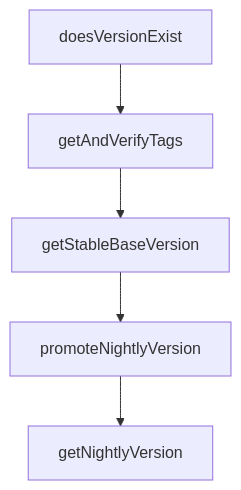
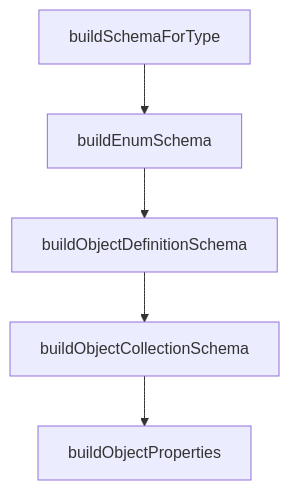
One commit to johnxie/awesome-code-docs changed the diagram in tutorials/gemini-cli-tutorial/04-settings-context-and-custom-commands.md. Above: the diagram before and after it, drawn with Mermaid. The commit also changed other lines of this file and 1232 other files, not shown here.

````diff
--- a/tutorials/gemini-cli-tutorial/04-settings-context-and-custom-commands.md
+++ b/tutorials/gemini-cli-tutorial/04-settings-context-and-custom-commands.md
@@ -228,12 +226,12 @@
 ```mermaid
 flowchart TD
-    A[doesVersionExist]
-    B[getAndVerifyTags]
-    C[getStableBaseVersion]
-    D[promoteNightlyVersion]
-    E[getNightlyVersion]
+    A[buildSchemaForType]
+    B[buildEnumSchema]
+    C[buildObjectDefinitionSchema]
+    D[buildObjectCollectionSchema]
+    E[buildObjectProperties]
     A --> B
     B --> C
     C --> D
     D --> E
 ```
````
